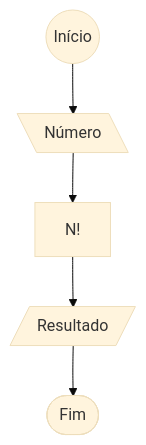
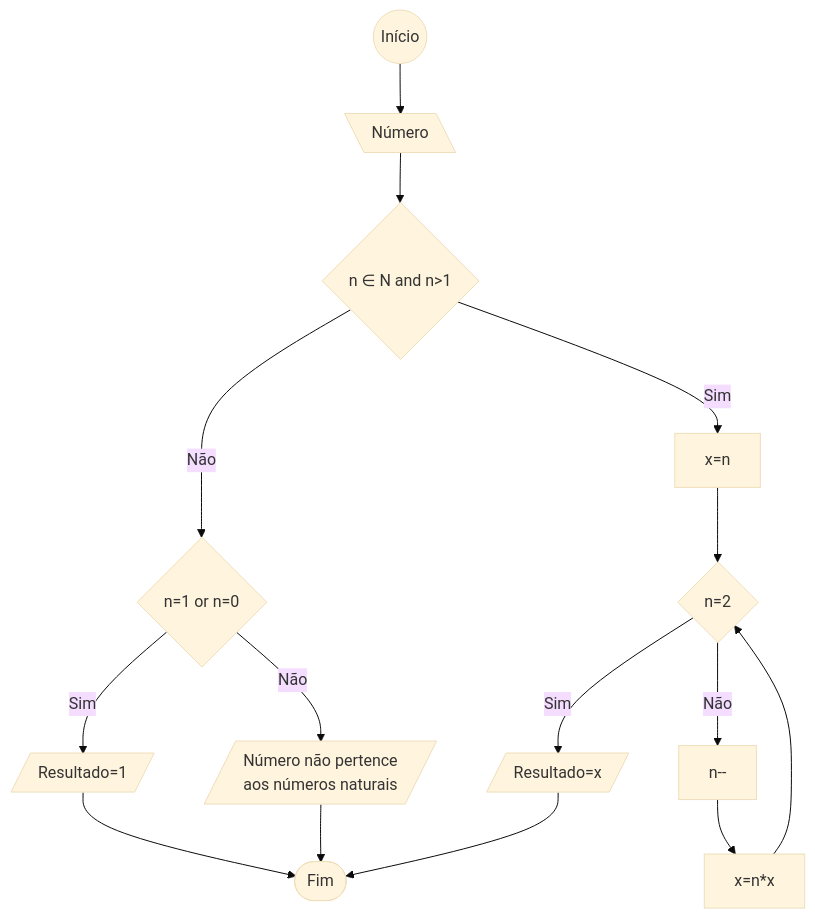
One commit to Joao-Pedro-Matias/LP-Joao_Matias changed the eighth of 10 diagrams in Listas de Exercícios/LP_Lista_01/README.md. Above: the diagram before and after it, drawn with Mermaid (base theme).

Commit message:
EX8_Finalizado

````diff
--- a/Listas de Exercícios/LP_Lista_01/README.md
+++ b/Listas de Exercícios/LP_Lista_01/README.md
@@ -155,7 +155,19 @@
    ```mermaid
    flowchart TD
       Start(( Início)) --> number[\ Número \]
-      number --> operation[ N! ]
-      operation --> result[/ Resultado /]
+      number --> verification{n ∈ N and n>1}
+      verification --> |Não| verification1{n=1 or n=0}
+      verification1 --> |Sim| result[/ Resultado=1 /]
+      verification1 --> |Não| result1[/ Número não pertence<br>aos números naturais/]
+      
+      verification --> |Sim| operation[x=n]
+      operation --> verification2{n=2}
+      verification2 --> |Sim| result2[/ Resultado=x /]
+      verification2 --> |Não| operation3[n--]
+      operation3 --> operation2[x=n*x]
+      operation2 --> verification2
+      
       result --> finish([Fim])
+      result1 --> finish
+      result2 --> finish
    ```
````
